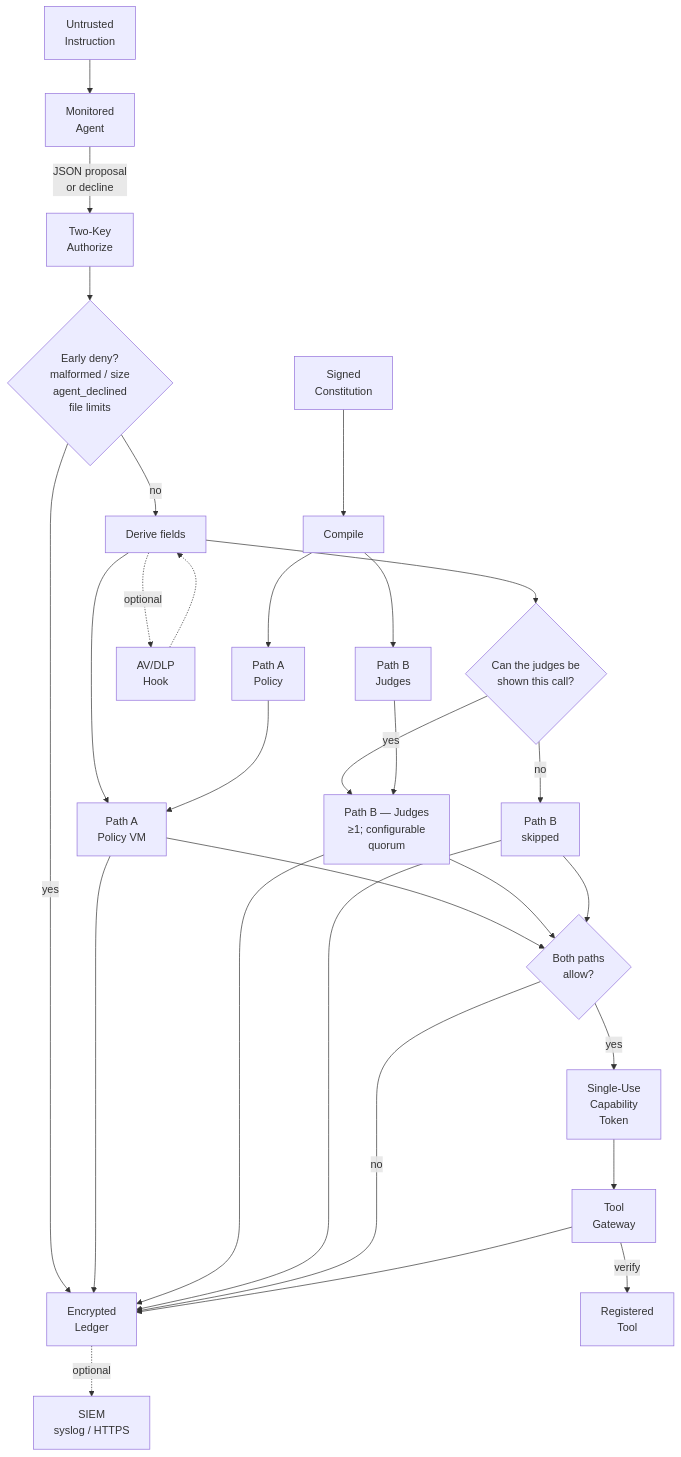
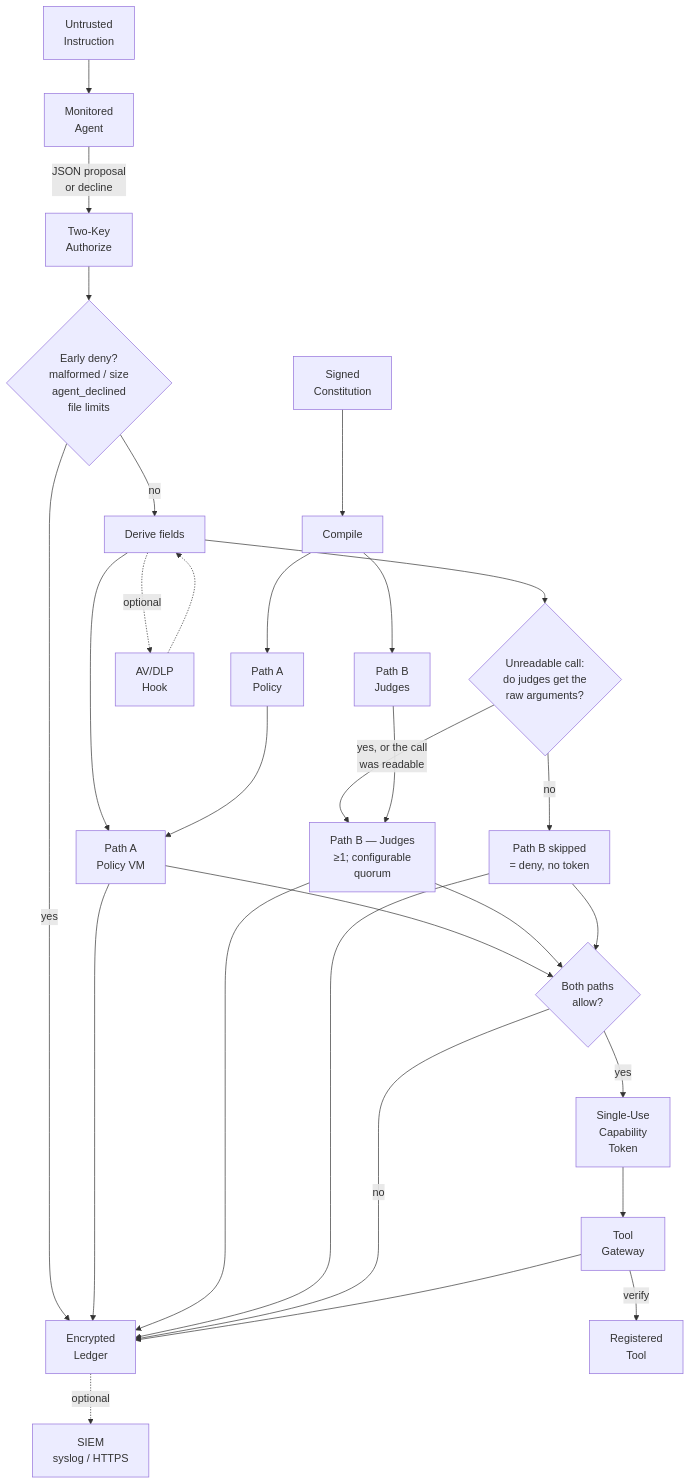
The second of 4 diagrams in README.md (Insomniac-VibeLabs/two-key), drawn with Mermaid before and after one commit. The commit also changed other lines of this file and 1 other file, not shown here.

First line of the commit message:
README: say that a skipped Path B is a deny, and reword the derive_failed question

````diff
--- a/README.md
+++ b/README.md
@@ -278,41 +278,41 @@
 ```mermaid
 flowchart TD
   constitution["Signed<br/>Constitution"] --> compile["Compile"]
   compile --> bytecode["Path A<br/>Policy"]
   compile --> judgeText["Path B<br/>Judges"]
 
   instruction["Untrusted<br/>Instruction"] --> agent["Monitored<br/>Agent"]
   agent -->|"JSON proposal<br/>or decline"| authorize["Two-Key<br/>Authorize"]
 
   authorize --> early{"Early deny?<br/>malformed / size<br/>agent_declined<br/>file limits"}
   early -->|yes| ledger["Encrypted<br/>Ledger"]
   early -->|no| derive["Derive fields"]
 
   derive -.->|"optional"| hook["AV/DLP<br/>Hook"]
   hook -.-> derive
 
   derive --> pathA["Path A<br/>Policy VM"]
   bytecode --> pathA
 
-  derive --> pbCheck{"Can the judges be<br/>shown this call?"}
-  pbCheck -->|no| skipped["Path B<br/>skipped"]
-  pbCheck -->|yes| pathB["Path B — Judges<br/>≥1; configurable<br/>quorum"]
+  derive --> pbCheck{"Unreadable call:<br/>do judges get the<br/>raw arguments?"}
+  pbCheck -->|"no"| skipped["Path B skipped<br/>= deny, no token"]
+  pbCheck -->|"yes, or the call<br/>was readable"| pathB["Path B — Judges<br/>≥1; configurable<br/>quorum"]
   judgeText --> pathB
 
   pathA --> gate{"Both paths<br/>allow?"}
   pathB --> gate
   skipped --> gate
 
   pathA --> ledger
   pathB --> ledger
   skipped --> ledger
 
   gate -->|no| ledger
   gate -->|yes| token["Single-Use<br/>Capability<br/>Token"]
 
   token --> gateway["Tool<br/>Gateway"]
   gateway -->|"verify"| tool["Registered<br/>Tool"]
   gateway --> ledger
 
   ledger -.->|"optional"| siem["SIEM<br/>syslog / HTTPS"]
 ```
````
